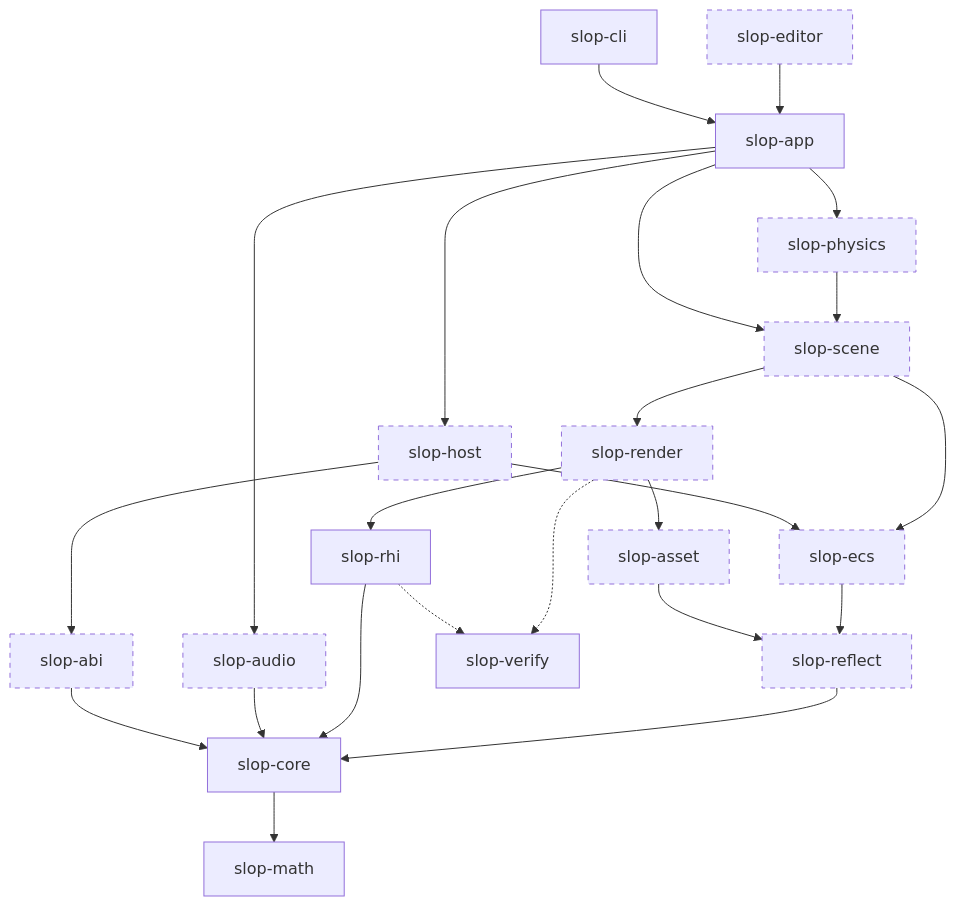
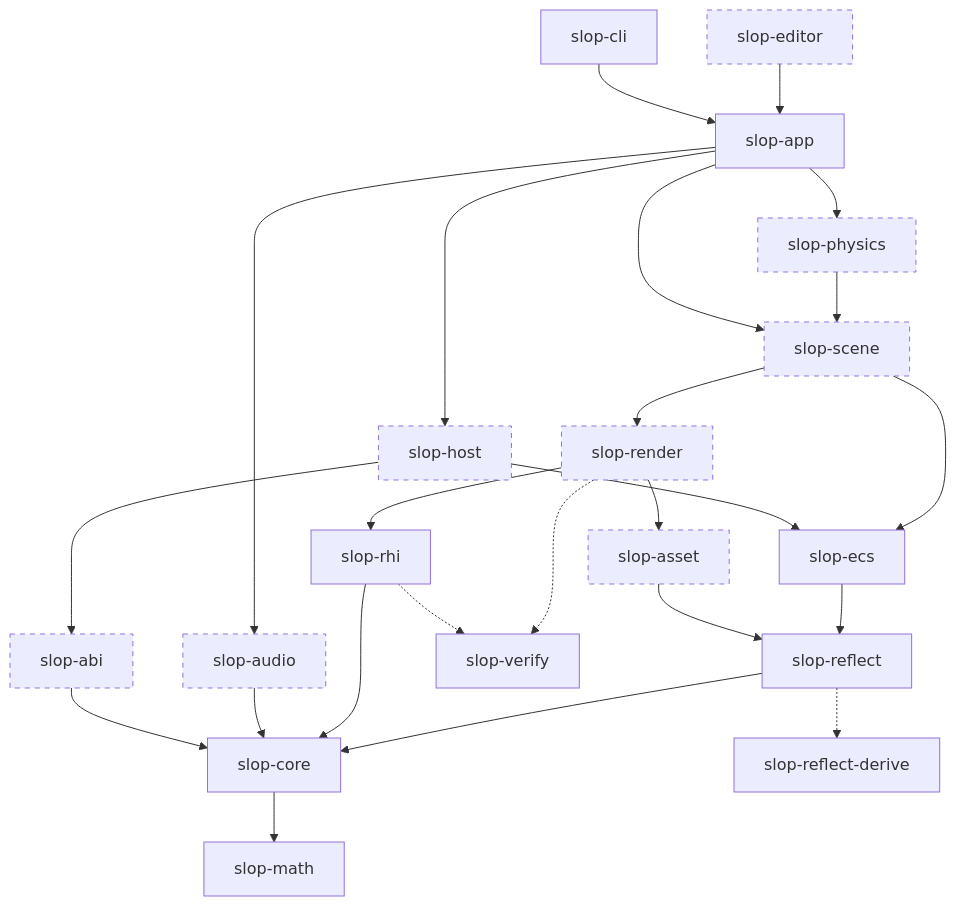
Before and after one commit to adamloec/slop: the first of 5 diagrams in docs/architecture.md, drawn with Mermaid. The commit also changed other lines of this file and 8 other files, not shown here.

````diff
--- a/docs/architecture.md
+++ b/docs/architecture.md
@@ -19,46 +19,48 @@
 ```mermaid
 flowchart TD
     cli["slop-cli"]
     editor["slop-editor"]
     app["slop-app"]
     host["slop-host"]
     abi["slop-abi"]
     audio["slop-audio"]
     physics["slop-physics"]
     scene["slop-scene"]
     render["slop-render"]
     rhi["slop-rhi"]
     asset["slop-asset"]
     ecs["slop-ecs"]
     reflect["slop-reflect"]
     core["slop-core"]
     math["slop-math"]
     verify["slop-verify"]
+    derive["slop-reflect-derive"]
 
     cli --> app
     editor --> app
     app --> host
     app --> scene
     app --> physics
     app --> audio
     host --> abi
     host --> ecs
     abi --> core
     audio --> core
     physics --> scene
     scene --> render
     scene --> ecs
     render --> rhi
     render --> asset
     rhi --> core
     asset --> reflect
     ecs --> reflect
     reflect --> core
     core --> math
 
     rhi -.-> verify
     render -.-> verify
+    reflect -.-> derive
 
     classDef planned stroke-dasharray: 5 5
-    class editor,host,abi,audio,physics,scene,render,asset,ecs,reflect planned
+    class editor,host,abi,audio,physics,scene,render,asset planned
 ```
````
